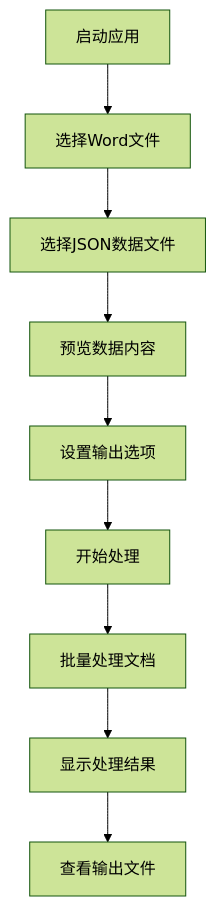
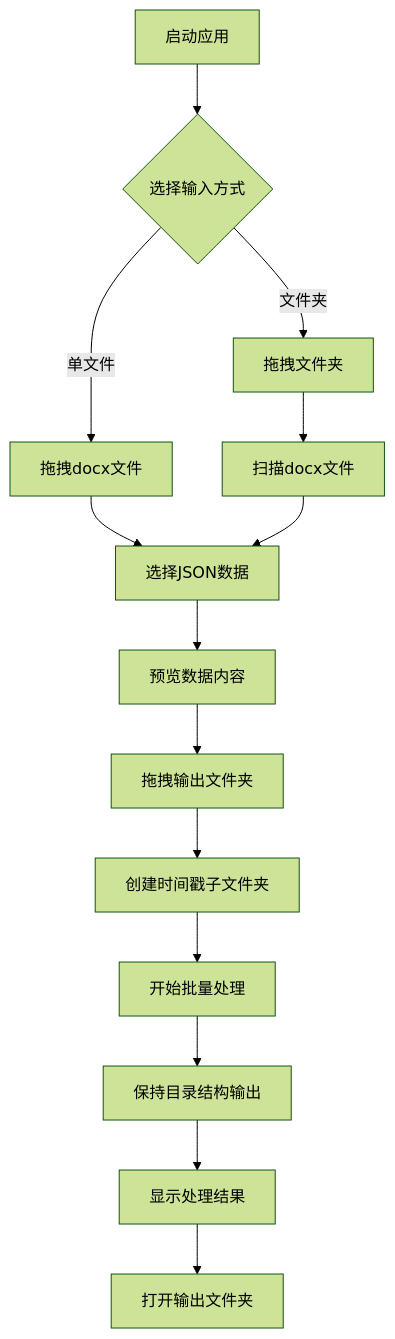
One commit to allanpk716/docx_replacer changed the diagram in .trae/documents/DocuFiller产品需求文档.md. Above: the diagram before and after it, drawn with Mermaid (forest theme). The commit also changed other lines of this file and 22 other files, not shown here.

````diff
--- a/.trae/documents/DocuFiller产品需求文档.md
+++ b/.trae/documents/DocuFiller产品需求文档.md
@@ -41,11 +48,16 @@
 ```mermaid
 graph TD
-    A[启动应用] --> B[选择Word文件]
-    B --> C[选择JSON数据文件]
-    C --> D[预览数据内容]
-    D --> E[设置输出选项]
-    E --> F[开始处理]
-    F --> G[批量处理文档]
-    G --> H[显示处理结果]
-    H --> I[查看输出文件]
+    A[启动应用] --> B{选择输入方式}
+    B -->|单文件| C[拖拽docx文件]
+    B -->|文件夹| D[拖拽文件夹]
+    C --> E[选择JSON数据]
+    D --> F[扫描docx文件]
+    F --> E
+    E --> G[预览数据内容]
+    G --> H[拖拽输出文件夹]
+    H --> I[创建时间戳子文件夹]
+    I --> J[开始批量处理]
+    J --> K[保持目录结构输出]
+    K --> L[显示处理结果]
+    L --> M[打开输出文件夹]
 ```
````
